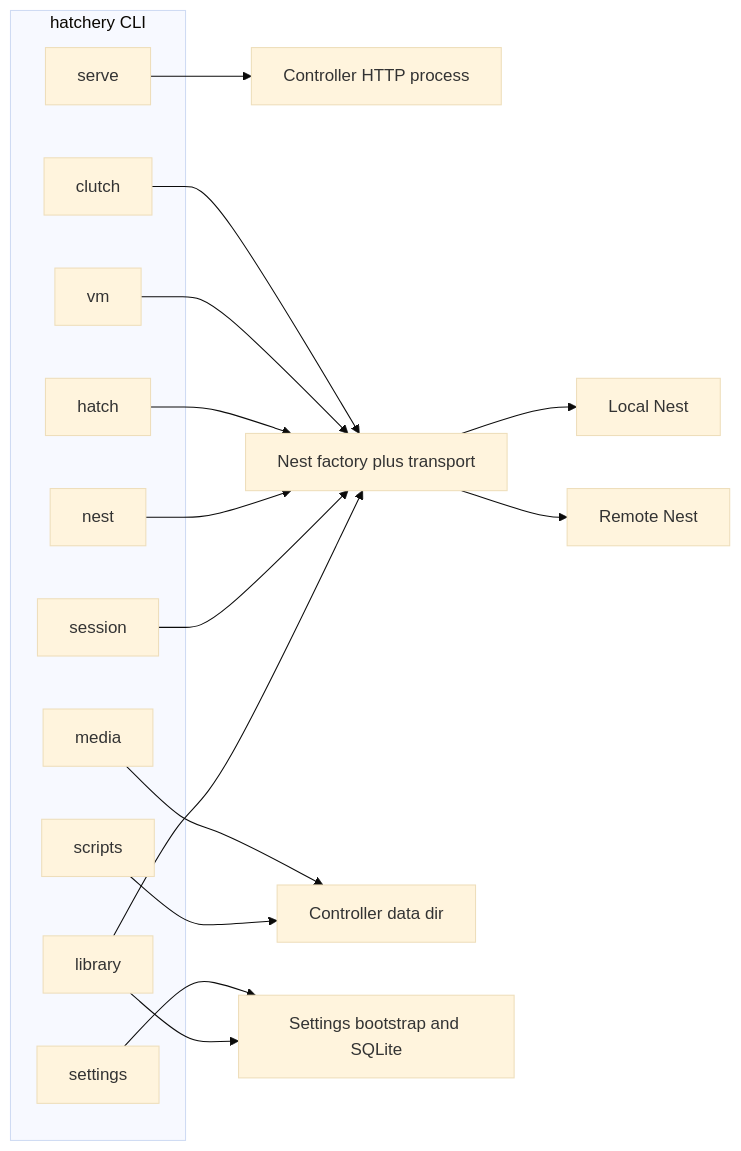
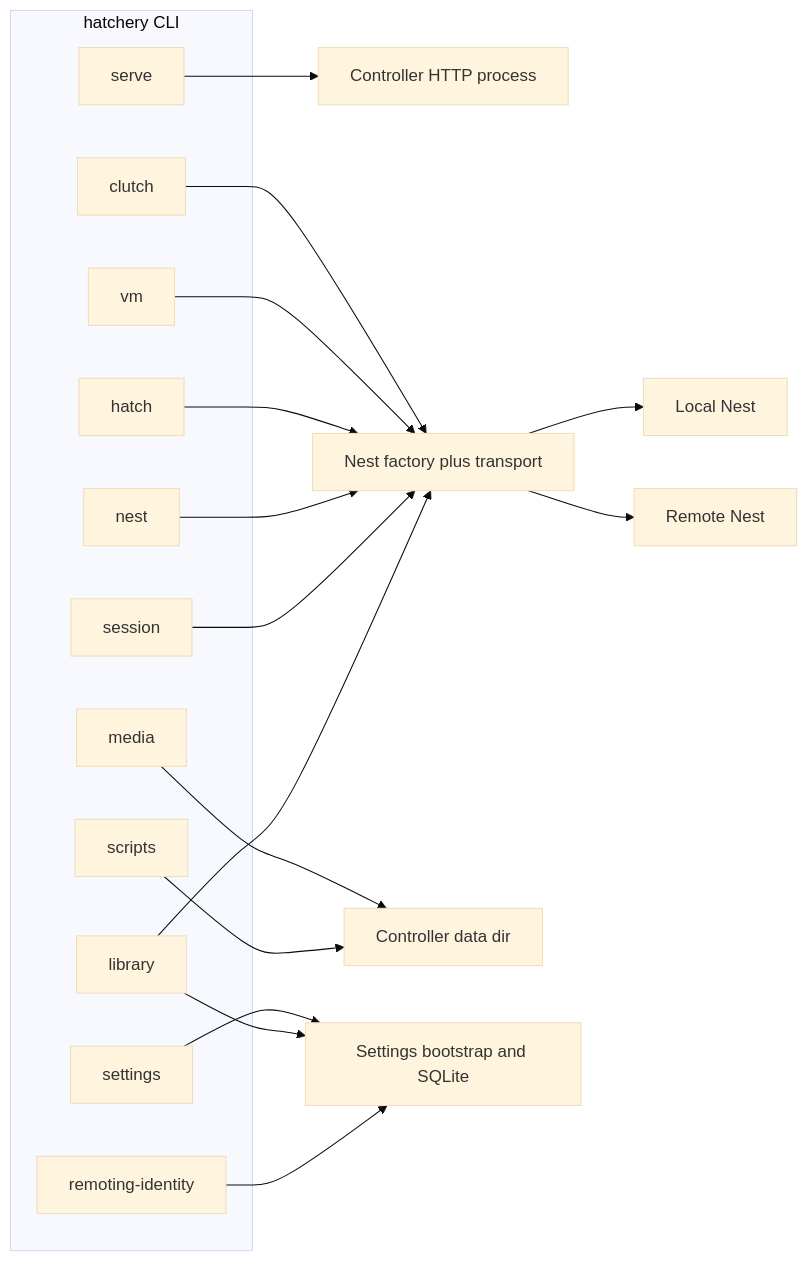
Before and after one commit to dustinestes/Hatchery: the diagram in docs/cli/README.md, drawn with Mermaid (base theme). The commit also changed other lines of this file and 18 other files, not shown here.

````diff
--- a/docs/cli/README.md
+++ b/docs/cli/README.md
@@ -28,28 +28,30 @@
 ```mermaid
 flowchart LR
   subgraph entry [hatchery CLI]
     serve[serve]
     nest[nest]
     clutch[clutch]
     vm[vm]
     hatchCmd[hatch]
     session[session]
     media[media]
     scripts[scripts]
     settings[settings]
     library[library]
+    remotingIdentity[remoting-identity]
   end
   serve --> controller[Controller HTTP process]
   clutch --> factory[Nest factory plus transport]
   vm --> factory
   hatchCmd --> factory
   nest --> factory
   session --> factory
   media --> dataDir[Controller data dir]
   scripts --> dataDir
   settings --> configStore[Settings bootstrap and SQLite]
   library --> configStore
   library --> factory
+  remotingIdentity --> configStore
   factory --> localNest[Local Nest]
   factory --> remoteNest[Remote Nest]
 ```
````
